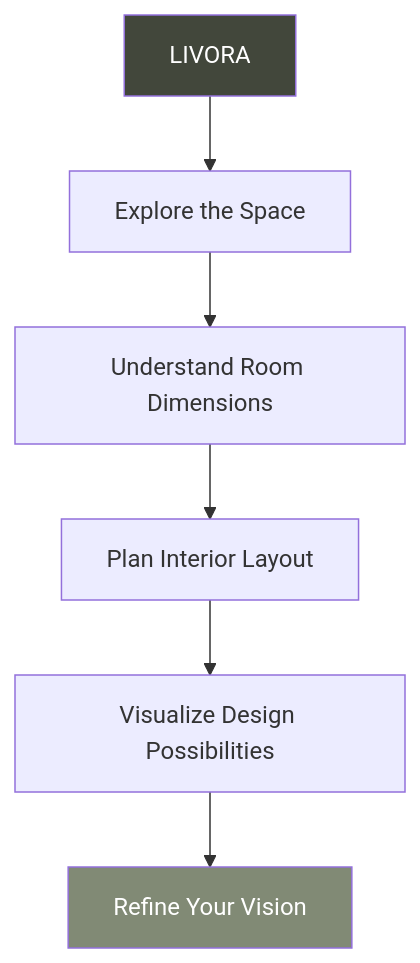
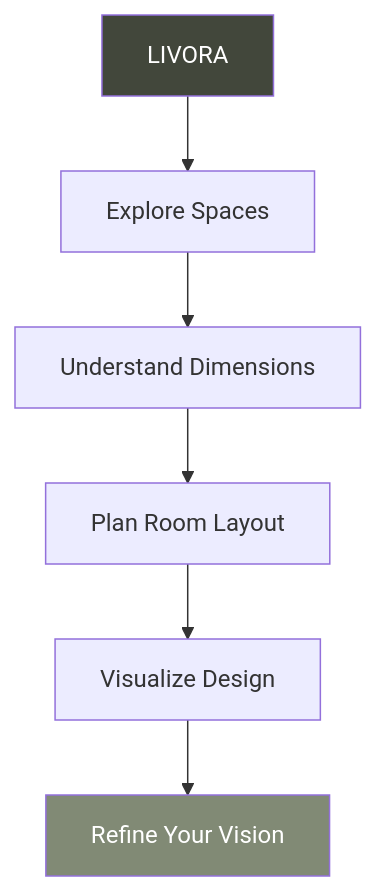
One commit to hampp108/Livora changed the diagram in README.md. Above: the diagram before and after it, drawn with Mermaid. The commit also changed other lines of this file, not shown here.

````diff
--- a/README.md
+++ b/README.md
@@ -103,11 +87,11 @@
 ```mermaid
 flowchart TD
-    A["LIVORA"] --> B["Explore the Space"]
-    B --> C["Understand Room Dimensions"]
-    C --> D["Plan Interior Layout"]
-    D --> E["Visualize Design Possibilities"]
+    A["LIVORA"] --> B["Explore Spaces"]
+    B --> C["Understand Dimensions"]
+    C --> D["Plan Room Layout"]
+    D --> E["Visualize Design"]
     E --> F["Refine Your Vision"]
 
     style A fill:#42473B,color:#fff
     style F fill:#818A75,color:#fff
 ```
````
